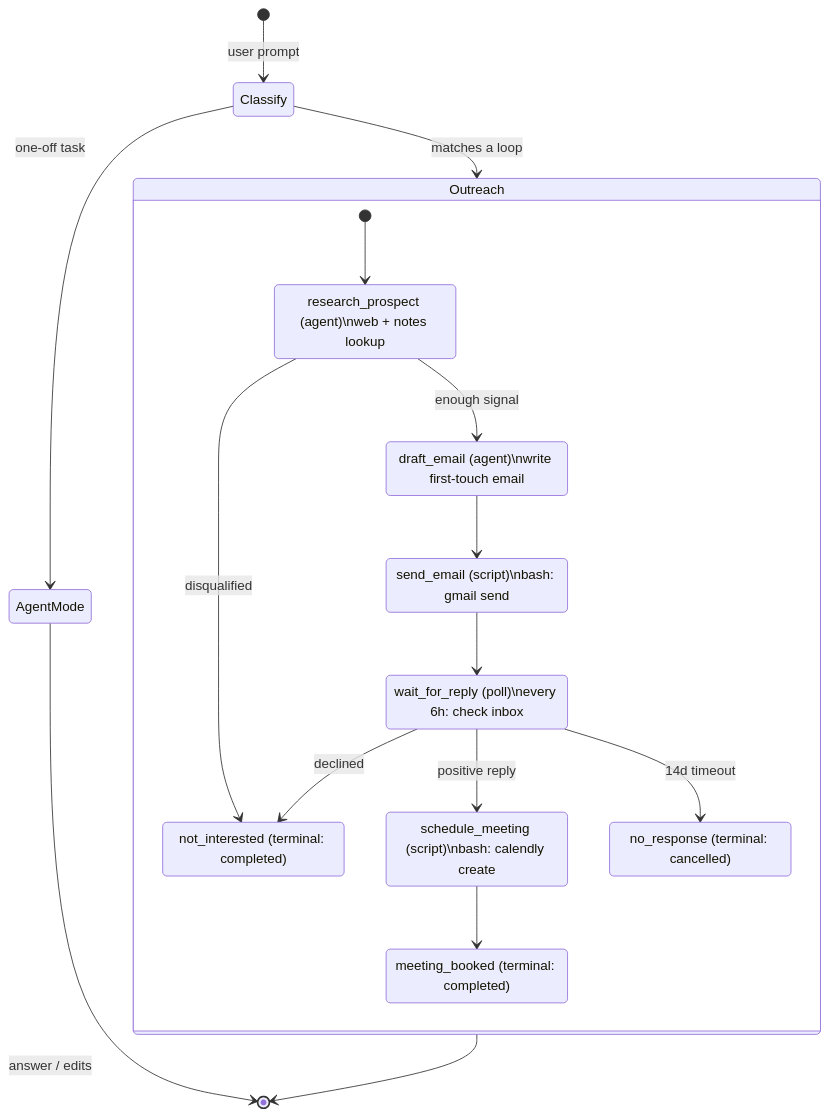
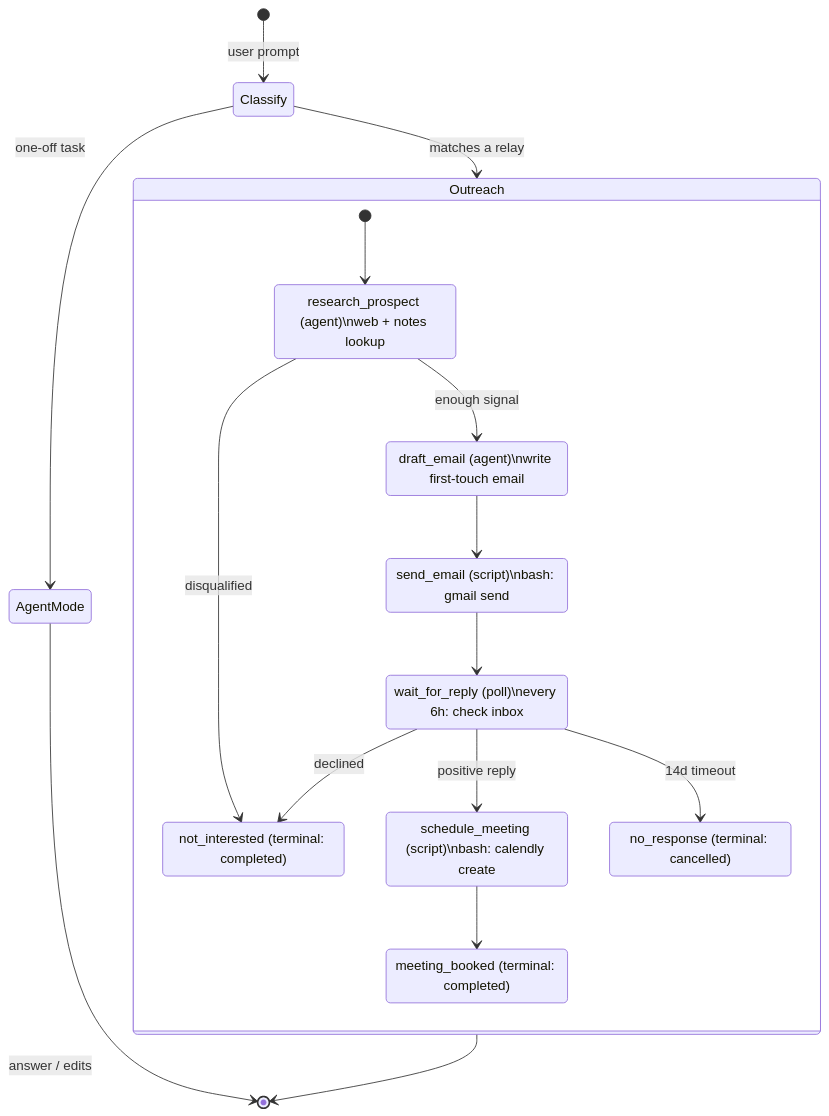
One commit to dzhng/duet-agent changed the first of 2 diagrams in README.md. Above: the diagram before and after it, drawn with Mermaid. The commit also changed other lines of this file and 5 other files, not shown here.

````diff
--- a/README.md
+++ b/README.md
@@ -39,35 +40,35 @@
 ```mermaid
 stateDiagram-v2
   direction TB
 
   [*] --> Classify : user prompt
   Classify --> AgentMode : one-off task
-  Classify --> Outreach : matches a loop
+  Classify --> Outreach : matches a relay
 
   AgentMode --> [*] : answer / edits
 
   state Outreach {
     direction TB
     [*] --> research_prospect
 
     research_prospect : research_prospect (agent)\nweb + notes lookup
     draft_email       : draft_email (agent)\nwrite first-touch email
     send_email        : send_email (script)\nbash: gmail send
     wait_for_reply    : wait_for_reply (poll)\nevery 6h: check inbox
     schedule_meeting  : schedule_meeting (script)\nbash: calendly create
     meeting_booked    : meeting_booked (terminal: completed)
     not_interested    : not_interested (terminal: completed)
     no_response       : no_response (terminal: cancelled)
 
     research_prospect --> draft_email     : enough signal
     research_prospect --> not_interested  : disqualified
     draft_email       --> send_email
     send_email        --> wait_for_reply
     wait_for_reply    --> schedule_meeting : positive reply
     wait_for_reply    --> not_interested   : declined
     wait_for_reply    --> no_response      : 14d timeout
     schedule_meeting  --> meeting_booked
   }
 
   Outreach --> [*]
 ```
````
